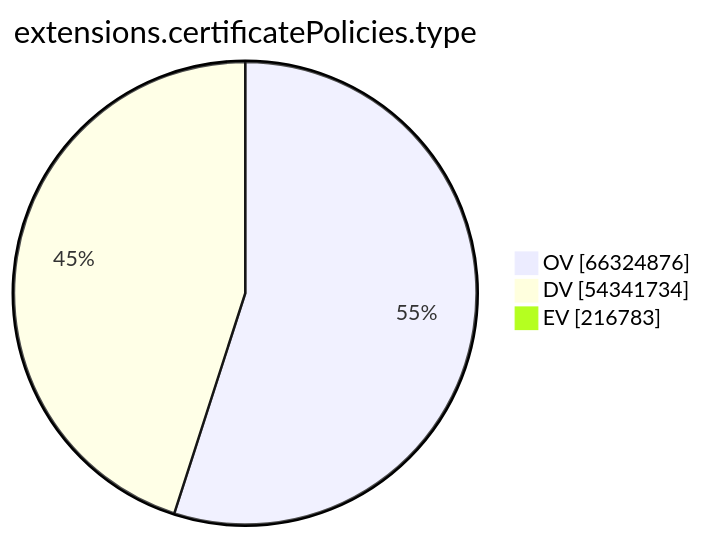
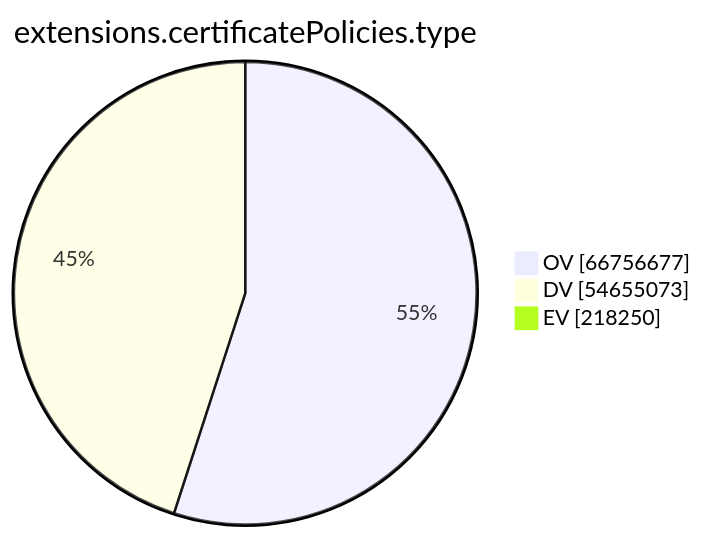
The ninth of 15 diagrams in argon2023/README.md (christiankrug/ctmonitor_visualization), drawn with Mermaid before and after one commit. The commit also changed other lines of this file, not shown here.

````diff
--- a/argon2023/README.md
+++ b/argon2023/README.md
@@ -2168,7 +2170,7 @@
 ```mermaid
 pie showData
 title extensions.certificatePolicies.type
-"OV" :66324876
-"DV" :54341734
-"EV" :216783
+"OV" :66756677
+"DV" :54655073
+"EV" :218250
 ```
````
